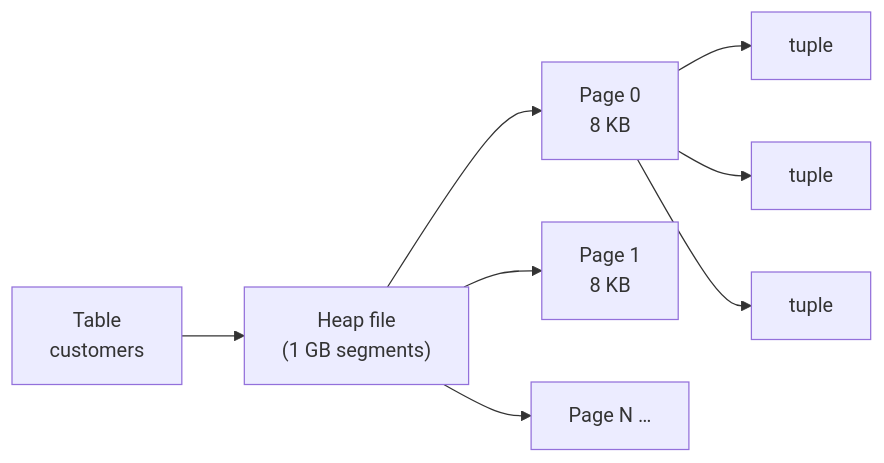
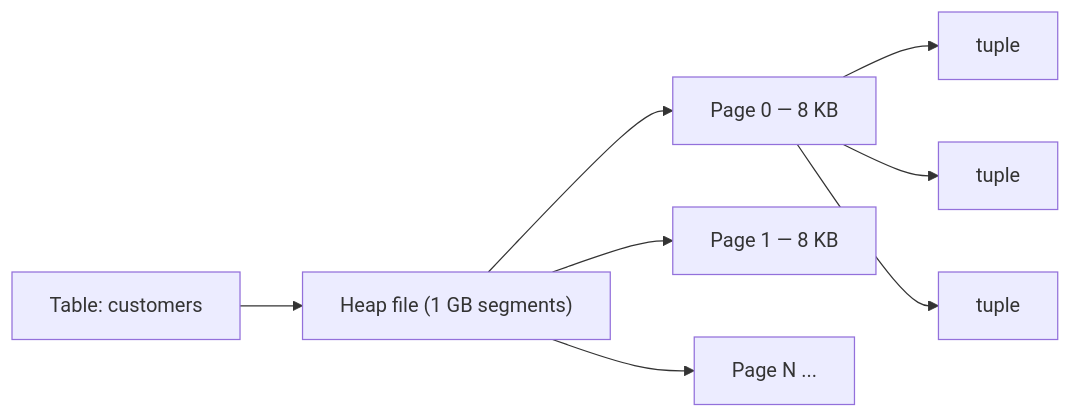
The first of 3 diagrams in src/modules/database/content/08-internals/01-storage-and-pages.md (mohammad-mriesh-job/cortex), drawn with Mermaid before and after one commit. The commit also changed other lines of this file and 257 other files, not shown here.

````diff
--- a/src/modules/database/content/08-internals/01-storage-and-pages.md
+++ b/src/modules/database/content/08-internals/01-storage-and-pages.md
@@ -17,10 +17,10 @@
 ```mermaid
 flowchart LR
-  T["Table<br/>customers"] --> HF["Heap file<br/>(1 GB segments)"]
-  HF --> P0["Page 0<br/>8 KB"]
-  HF --> P1["Page 1<br/>8 KB"]
-  HF --> PN["Page N …"]
+  T["Table: customers"] --> HF["Heap file (1 GB segments)"]
+  HF --> P0["Page 0 — 8 KB"]
+  HF --> P1["Page 1 — 8 KB"]
+  HF --> PN["Page N ..."]
   P0 --> R0["tuple"]
   P0 --> R1["tuple"]
   P0 --> R2["tuple"]
 ```
````
